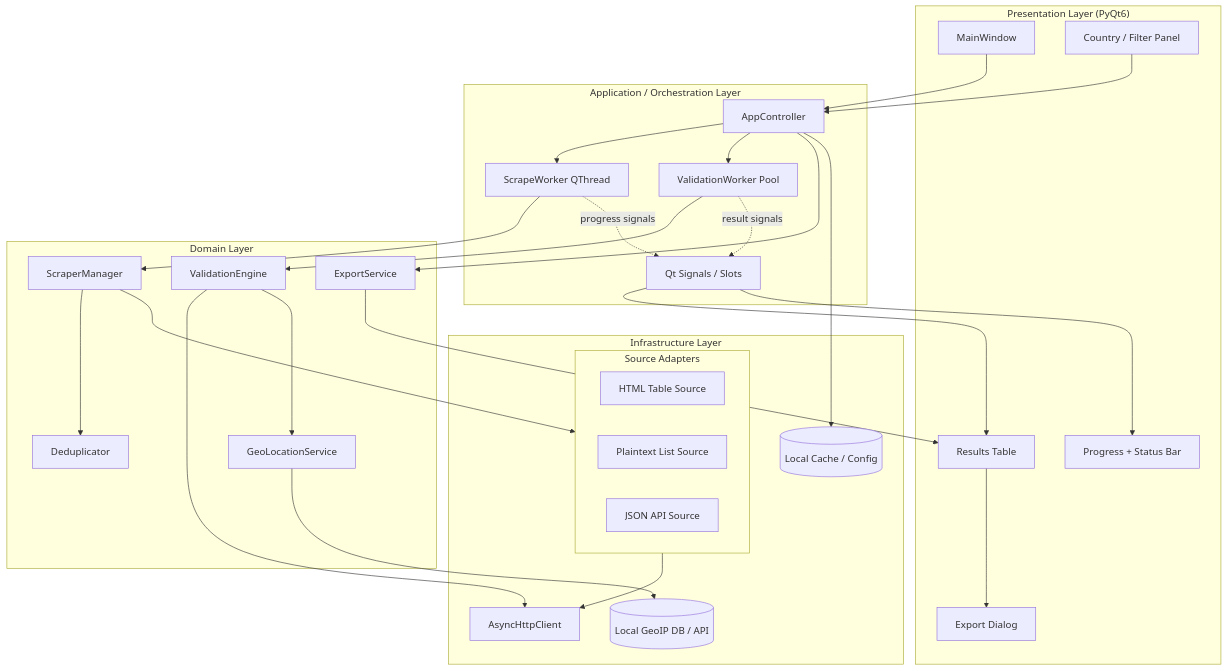
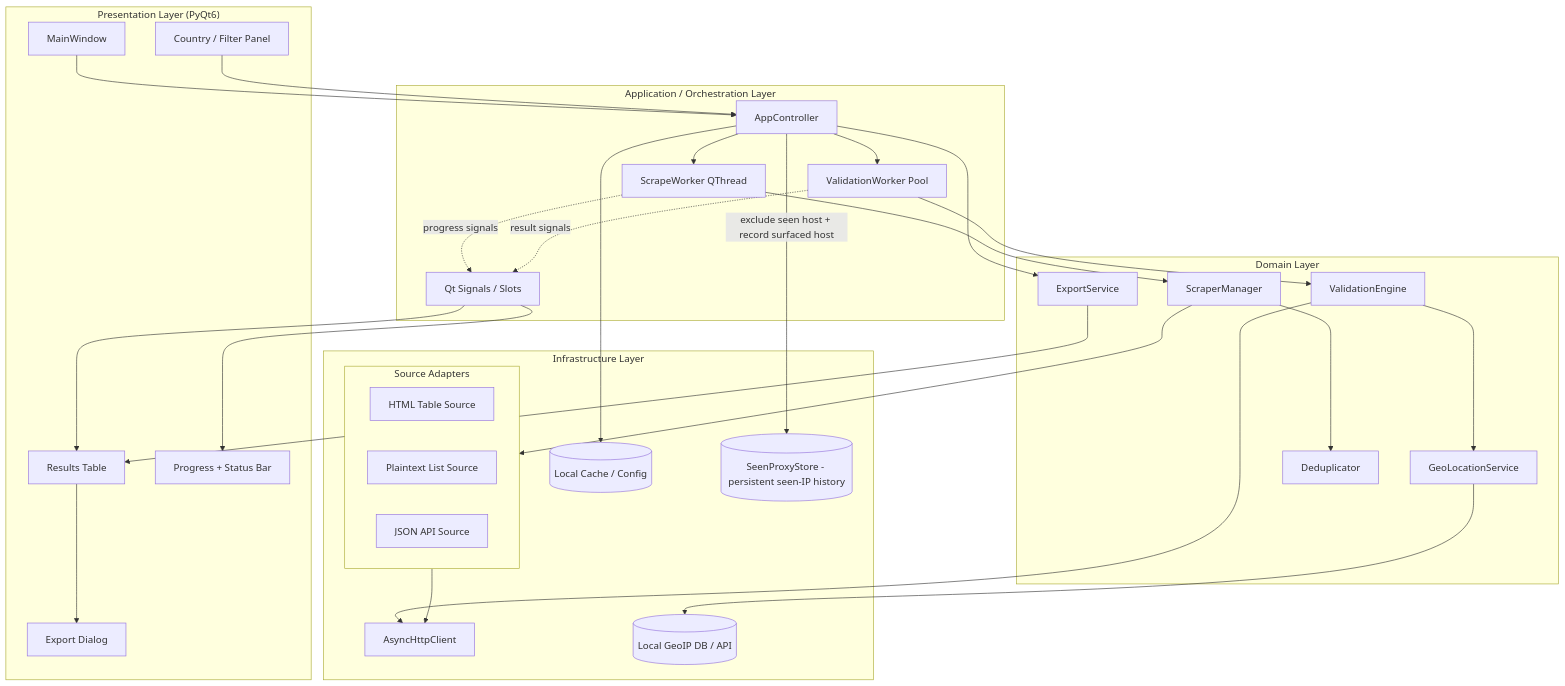
One commit to Miten001/userbot changed the first of 2 diagrams in .kiro/specs/proxy-scraper-gui/design.md. Above: the diagram before and after it, drawn with Mermaid. The commit also changed other lines of this file and 15 other files, not shown here.

First line of the commit message:
feat: persistent cross-session no-IP-reuse (SeenProxyStore)

````diff
--- a/.kiro/specs/proxy-scraper-gui/design.md
+++ b/.kiro/specs/proxy-scraper-gui/design.md
@@ -15,57 +19,59 @@
 ```mermaid
 graph TD
     subgraph Presentation["Presentation Layer (PyQt6)"]
         MW[MainWindow]
         CF[Country / Filter Panel]
         RT[Results Table]
         PB[Progress + Status Bar]
         EX[Export Dialog]
     end
 
     subgraph Application["Application / Orchestration Layer"]
         CTRL[AppController]
         SW[ScrapeWorker QThread]
         VW[ValidationWorker Pool]
         SIG[Qt Signals / Slots]
     end
 
     subgraph Domain["Domain Layer"]
         SM[ScraperManager]
         VE[ValidationEngine]
         GEO[GeoLocationService]
         EXP[ExportService]
         DEDUP[Deduplicator]
     end
 
     subgraph Infra["Infrastructure Layer"]
         HTTP[AsyncHttpClient]
         subgraph Sources["Source Adapters"]
             S1[HTML Table Source]
             S2[Plaintext List Source]
             S3[JSON API Source]
         end
         GEODB[(Local GeoIP DB / API)]
         CACHE[(Local Cache / Config)]
+        SEEN[(SeenProxyStore - persistent seen-IP history)]
     end
 
     MW --> CTRL
     CF --> CTRL
     CTRL --> SW
     CTRL --> VW
     SW --> SM
     VW --> VE
     SM --> Sources
     Sources --> HTTP
     SM --> DEDUP
     VE --> HTTP
     VE --> GEO
     GEO --> GEODB
     CTRL --> EXP
     EXP --> RT
     SW -. progress signals .-> SIG
     VW -. result signals .-> SIG
     SIG --> RT
     SIG --> PB
     RT --> EX
     CTRL --> CACHE
+    CTRL -->|exclude seen host + record surfaced host| SEEN
 ```
````
